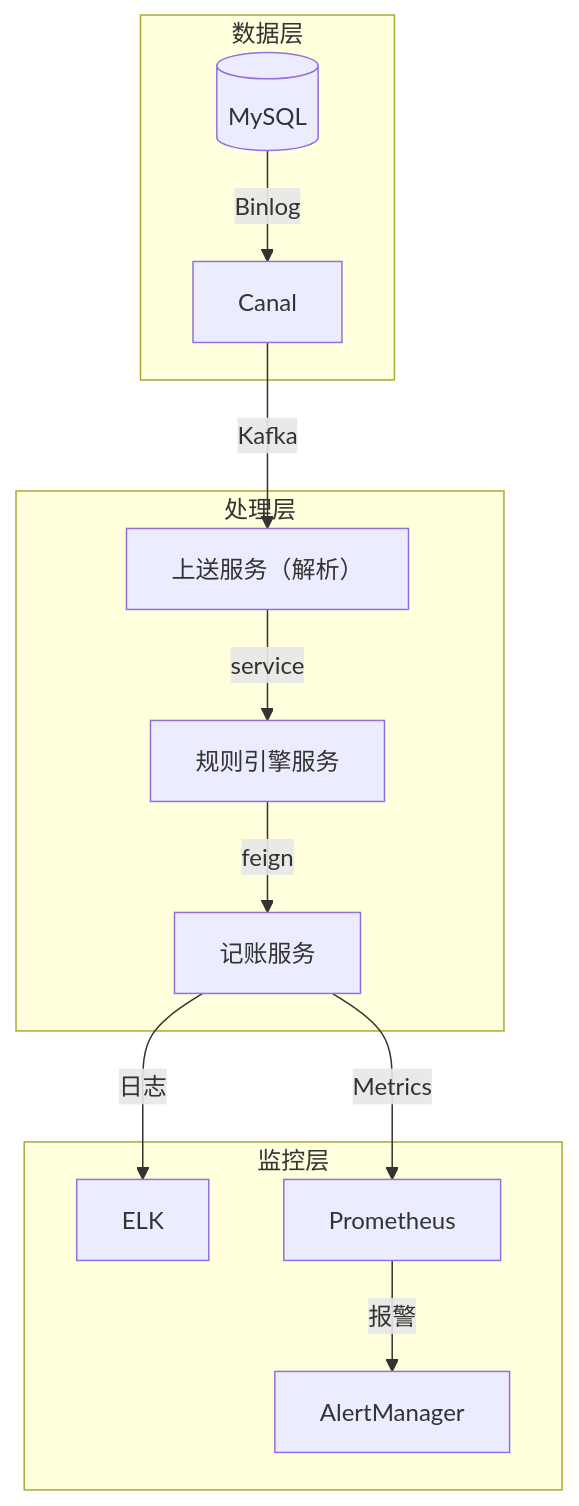
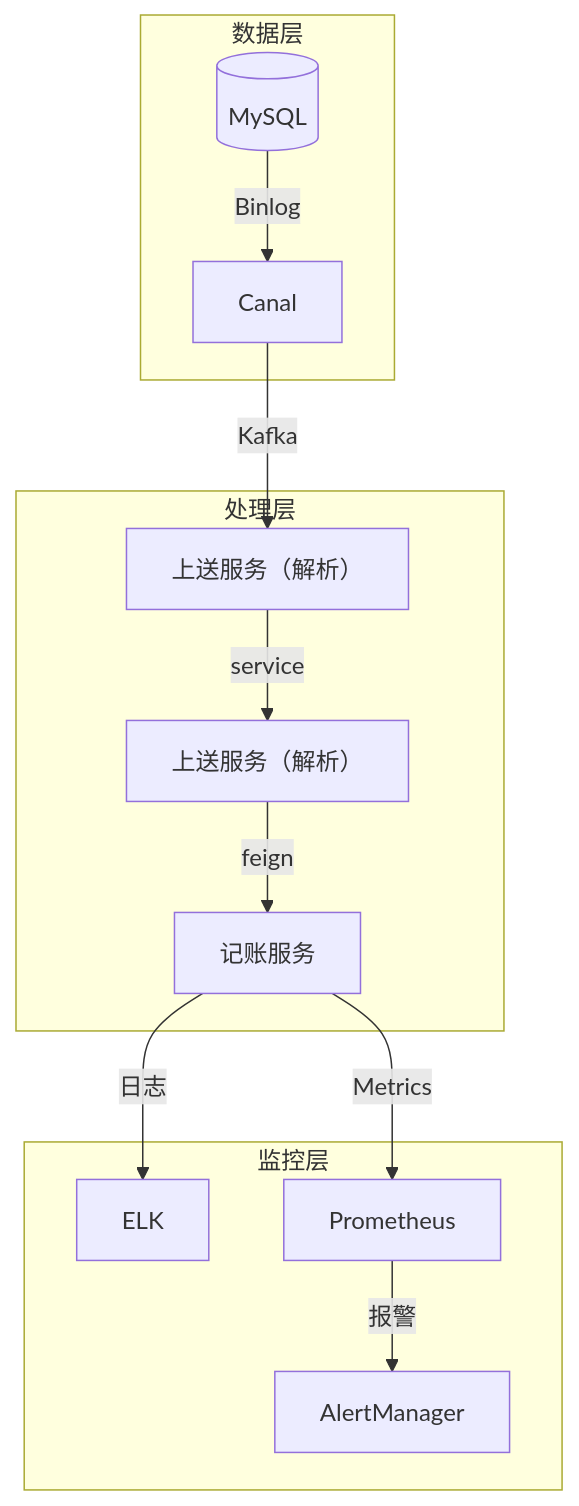
One commit to 87828943/iodraw-files changed the diagram in all/未命名-1.md. Above: the diagram before and after it, drawn with Mermaid.

Commit message:
2025-07-01 19:51:52 update

````diff
--- a/all/未命名-1.md
+++ b/all/未命名-1.md
@@ -1,16 +1,16 @@
 ```mermaid
 graph TB
     subgraph 数据层
         DB[(MySQL)] -->|Binlog| Canal
     end
     subgraph 处理层
         Canal -->|Kafka| Parser[上送服务（解析）]
-        Parser -->|service| Engine[规则引擎服务]
+        Parser -->|service| Engine[上送服务（解析）]
         Engine -->|feign| Accounting[记账服务]
     end
     subgraph 监控层
         Accounting -->|日志| ELK
         Accounting -->|Metrics| Prometheus
         Prometheus -->|报警| AlertManager
     end
 ```
````
